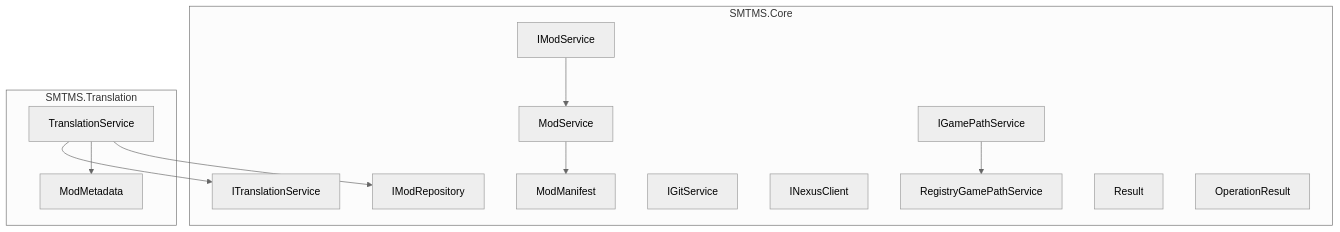
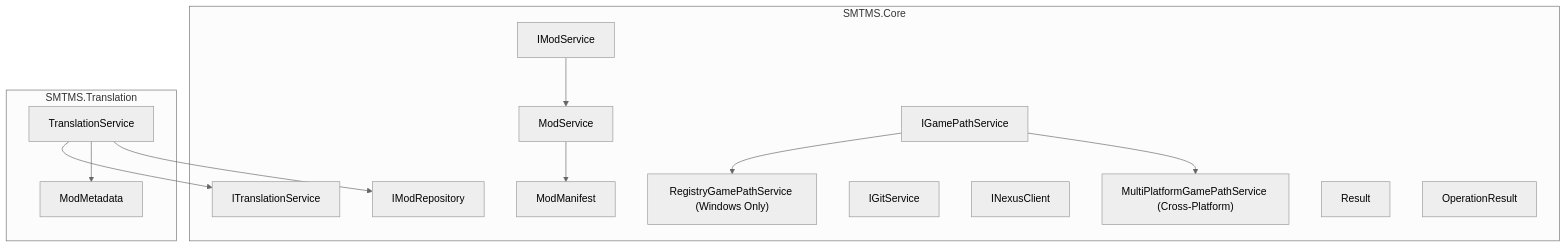
The second of 11 diagrams in docs/ARCHITECTURE.md (Sisyphean-a/SMTMS), drawn with Mermaid (neutral theme) before and after one commit. The commit also changed other lines of this file and 5 other files, not shown here.

````diff
--- a/docs/ARCHITECTURE.md
+++ b/docs/ARCHITECTURE.md
@@ -100,23 +104,24 @@
 ```mermaid
 flowchart TD
     subgraph SMTMS_Core[SMTMS.Core]
         IMod["IModService"] --> ModService["ModService"]
         ITrans["ITranslationService"]
-        IGame["IGamePathService"] --> RegistryGamePathService["RegistryGamePathService"]
+        IGame["IGamePathService"] --> RegistryGamePathService["RegistryGamePathService (Windows Only)"]
+        IGame --> MultiPlatformGamePathService["MultiPlatformGamePathService (Cross-Platform)"]
 
         IRepo["IModRepository"]
         IGit["IGitService"]
         INexus["INexusClient"]
 
         ModService --> ModManifest["ModManifest"]
 
         Result["Result<T>"]
         OpResult["OperationResult"]
     end
 
     subgraph SMTMS_Translation[SMTMS.Translation]
         TranslationService["TranslationService"] --> ITrans
         TranslationService --> ModMetadata["ModMetadata"]
         TranslationService --> IRepo
     end
 ```
````
